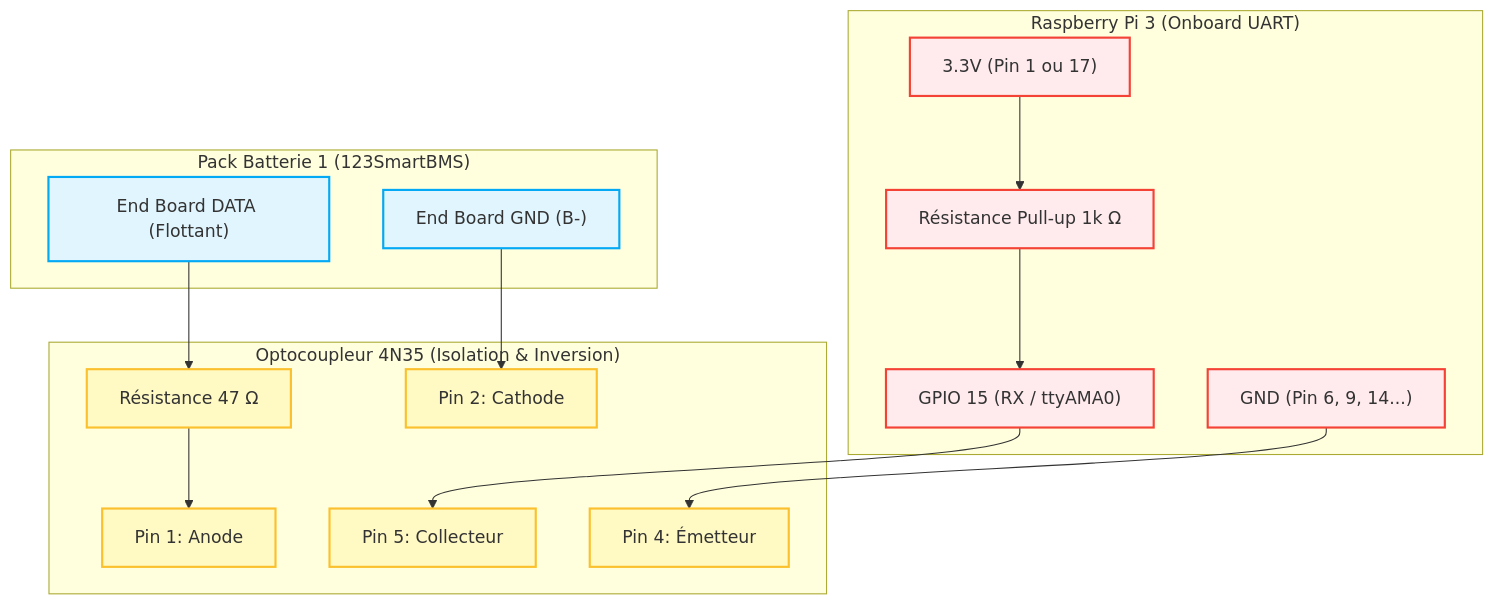
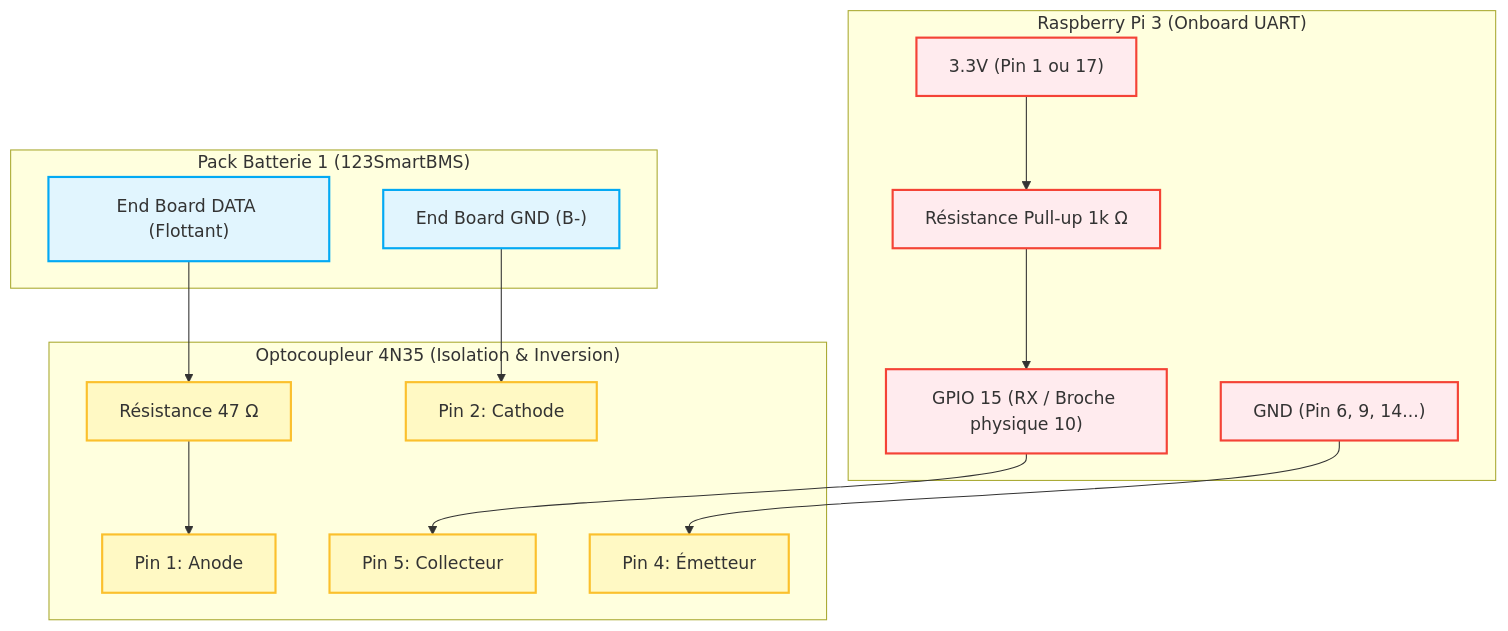
One commit to speriator/123SmartBMS_for_Solar_Assistant changed the diagram in README.md. Above: the diagram before and after it, drawn with Mermaid. The commit also changed other lines of this file, not shown here.

Commit message:
Update README.md to clarify physical Pin 10 of Raspberry Pi for GPIO 15 / RX

````diff
--- a/README.md
+++ b/README.md
@@ -74,37 +74,37 @@
 ```mermaid
 graph TD
     subgraph "Pack Batterie 1 (123SmartBMS)"
         BMS_DATA["End Board DATA (Flottant)"]
         BMS_GND["End Board GND (B-)"]
     end
 
     subgraph "Optocoupleur 4N35 (Isolation & Inversion)"
         R1[Résistance 47 Ω]
         LED_IN["Pin 1: Anode"]
         LED_OUT["Pin 2: Cathode"]
         TRANS_COL["Pin 5: Collecteur"]
         TRANS_EM["Pin 4: Émetteur"]
     end
 
     subgraph "Raspberry Pi 3 (Onboard UART)"
-        RPi_RX["GPIO 15 (RX / ttyAMA0)"]
+        RPi_RX["GPIO 15 (RX / Broche physique 10)"]
         RPi_3V3["3.3V (Pin 1 ou 17)"]
         RPi_GND["GND (Pin 6, 9, 14...)"]
         R2[Résistance Pull-up 1k Ω]
     end
 
     BMS_DATA --> R1 --> LED_IN
     BMS_GND --> LED_OUT
     
     RPi_3V3 --> R2
     R2 --> RPi_RX
     RPi_RX --> TRANS_COL
     RPi_GND --> TRANS_EM
 
     classDef bms fill:#e1f5fe,stroke:#03a9f4,stroke-width:2px;
     classDef opto fill:#fff9c4,stroke:#fbc02d,stroke-width:2px;
     classDef rpi fill:#ffebee,stroke:#f44336,stroke-width:2px;
     class BMS_DATA,BMS_GND bms;
     class R1,LED_IN,LED_OUT,TRANS_COL,TRANS_EM opto;
     class RPi_RX,RPi_3V3,RPi_GND,R2 rpi;
 ```
````
